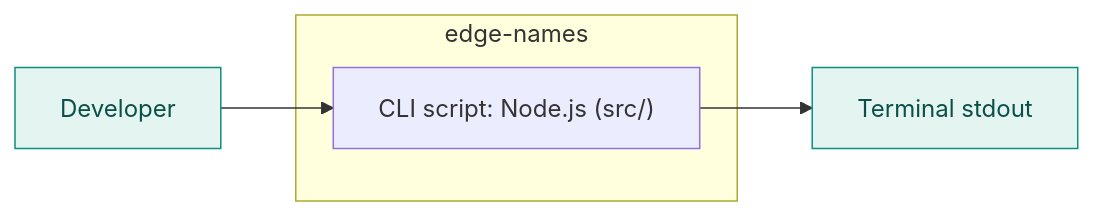
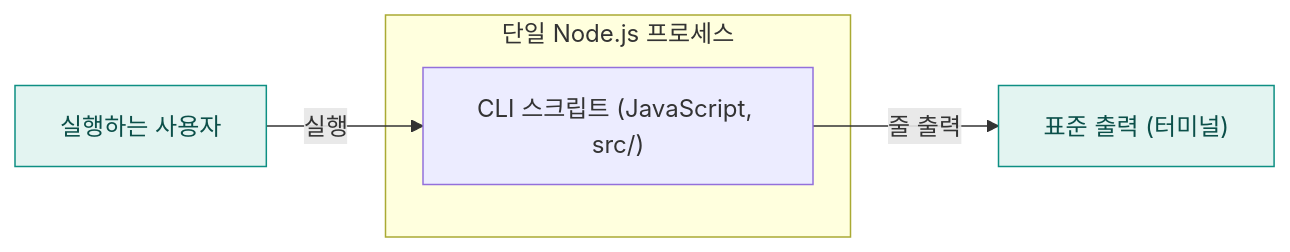
The second of 3 diagrams in examples/edge-names/docs/codemap/architecture.md (hxxnn/codemap), drawn with Mermaid before and after one commit. The commit also changed other lines of this file and 44 other files, not shown here.

````diff
--- a/examples/edge-names/docs/codemap/architecture.md
+++ b/examples/edge-names/docs/codemap/architecture.md
@@ -30,11 +30,11 @@
 ```mermaid
 flowchart LR
-  u["Developer"]:::external
-  subgraph sys["edge-names"]
-    cli["CLI script: Node.js (src/)"]
+  user["실행하는 사용자"]:::external
+  subgraph proc["단일 Node.js 프로세스"]
+    cli["CLI 스크립트 (JavaScript, src/)"]
   end
-  o["Terminal stdout"]:::external
-  u --> cli
-  cli --> o
+  out["표준 출력 (터미널)"]:::external
+  user -->|"실행"| cli
+  cli -->|"줄 출력"| out
   classDef external fill:#E3F4F1,stroke:#0E8F83,color:#0B4F49
 ```
````
